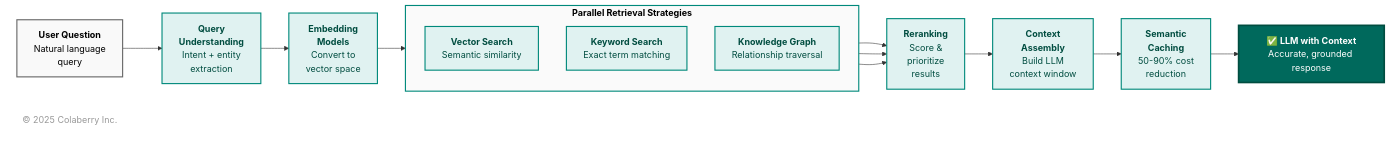
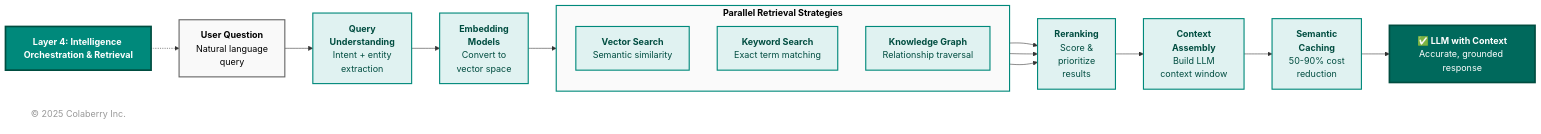
The eighth of 18 diagrams in chapter-01/chapter_1_complete.md (colaberry/enterprise-data-readiness-ai-agents), drawn with Mermaid before and after one commit. The commit also changed other lines of this file, not shown here.

First line of the commit message:
chapter 1 diagrams restructured

````diff
--- a/chapter-01/chapter_1_complete.md
+++ b/chapter-01/chapter_1_complete.md
@@ -1079,50 +1090,54 @@
 ```mermaid
 graph LR
+    TITLE["<b>Layer 4: Intelligence Orchestration & Retrieval</b>"]
+    
     Q["<b>User Question</b><br/>Natural language<br/>query"]
     
     U["<b>Query<br/>Understanding</b><br/>Intent + entity<br/>extraction"]
     
     E["<b>Embedding<br/>Models</b><br/>Convert to<br/>vector space"]
     
     subgraph retrieval["<b>Parallel Retrieval Strategies</b>"]
         direction TB
         V["<b>Vector Search</b><br/>Semantic similarity"]
         K["<b>Keyword Search</b><br/>Exact term matching"]
         G["<b>Knowledge Graph</b><br/>Relationship traversal"]
     end
     
     RANK["<b>Reranking</b><br/>Score &<br/>prioritize<br/>results"]
     
     ASSEMBLE["<b>Context<br/>Assembly</b><br/>Build LLM<br/>context window"]
     
     CACHE["<b>Semantic<br/>Caching</b><br/>50-90% cost<br/>reduction"]
     
     LLM["<b>✅ LLM with Context</b><br/>Accurate, grounded response"]
     
+    TITLE -.-> Q
     Q --> U
     U --> E
     E --> retrieval
     V --> RANK
     K --> RANK
     G --> RANK
     RANK --> ASSEMBLE
     ASSEMBLE --> CACHE
     CACHE --> LLM
     
+    style TITLE fill:#00897b,color:#ffffff,stroke:#004d40,stroke-width:3px,font-size:16px
     style Q fill:#f9f9f9,stroke:#666666,stroke-width:2px,color:#000000
     style U fill:#e0f2f1,stroke:#00897b,stroke-width:2px,color:#004d40
     style E fill:#e0f2f1,stroke:#00897b,stroke-width:2px,color:#004d40
     style retrieval fill:#fafafa,stroke:#00897b,stroke-width:2px,color:#000000
     style V fill:#e0f2f1,stroke:#00897b,stroke-width:2px,color:#004d40
     style K fill:#e0f2f1,stroke:#00897b,stroke-width:2px,color:#004d40
     style G fill:#e0f2f1,stroke:#00897b,stroke-width:2px,color:#004d40
     style RANK fill:#e0f2f1,stroke:#00897b,stroke-width:2px,color:#004d40
     style ASSEMBLE fill:#e0f2f1,stroke:#00897b,stroke-width:2px,color:#004d40
     style CACHE fill:#e0f2f1,stroke:#00897b,stroke-width:2px,color:#004d40
     style LLM fill:#00695c,color:#ffffff,stroke:#004d40,stroke-width:3px
 
     %% Copyright Notice
     CR["© 2025 Colaberry Inc."]
     style CR fill:none,stroke:none,color:#999999
 
 ```
````
